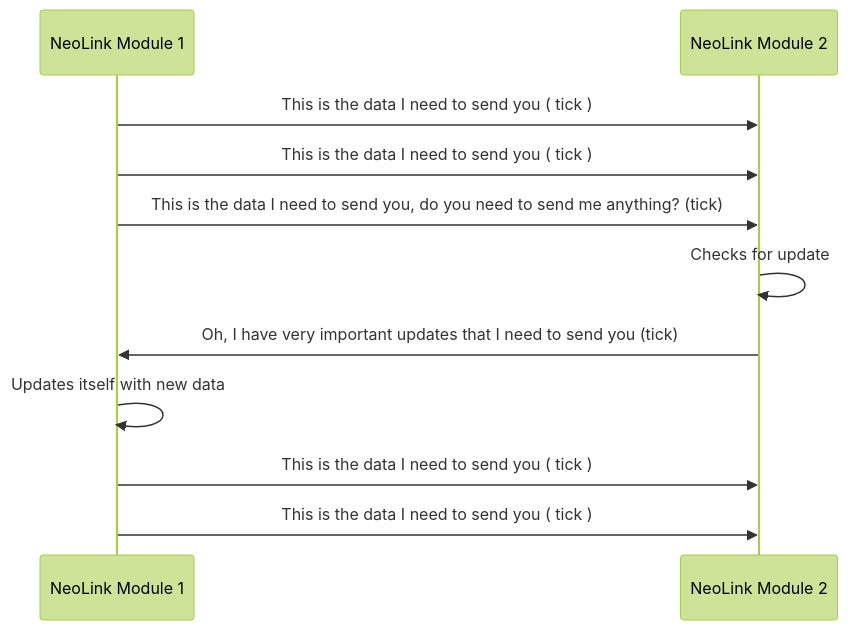
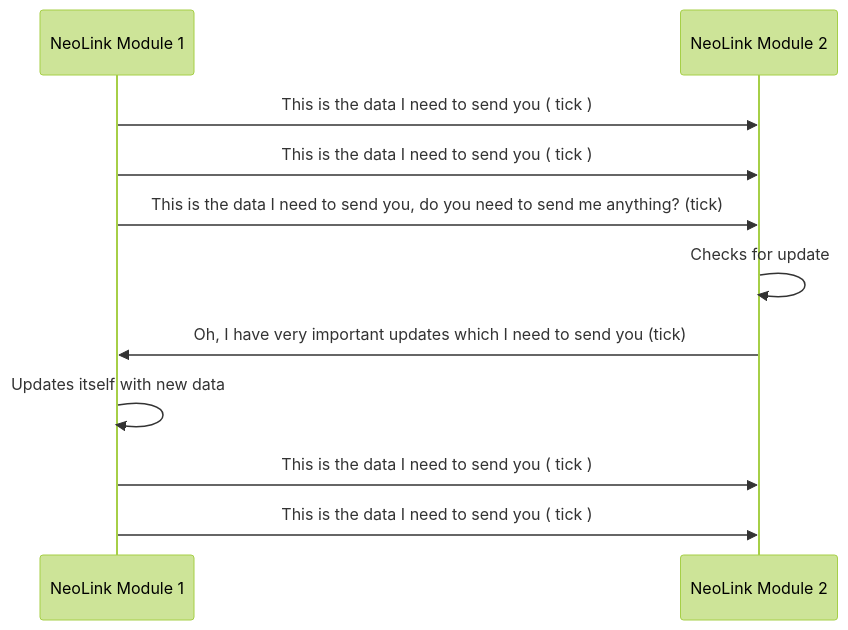
Before and after one commit to why-shiro/NeoLink: the second of 2 diagrams in README.md, drawn with Mermaid (forest theme).

````diff
--- a/README.md
+++ b/README.md
@@ -50,11 +50,11 @@
 ```mermaid
 sequenceDiagram
 NeoLink Module 1 ->> NeoLink Module 2: This is the data I need to send you ( tick )
 NeoLink Module 1 ->> NeoLink Module 2: This is the data I need to send you ( tick )
 NeoLink Module 1 ->> NeoLink Module 2: This is the data I need to send you, do you need to send me anything? (tick)
 NeoLink Module 2 ->> NeoLink Module 2: Checks for update
-NeoLink Module 2 ->> NeoLink Module 1: Oh, I have very important updates that I need to send you (tick)
+NeoLink Module 2 ->> NeoLink Module 1: Oh, I have very important updates which I need to send you (tick)
 NeoLink Module 1 ->> NeoLink Module 1: Updates itself with new data
 NeoLink Module 1 ->> NeoLink Module 2: This is the data I need to send you ( tick )
 NeoLink Module 1 ->> NeoLink Module 2: This is the data I need to send you ( tick )
 ```
````
